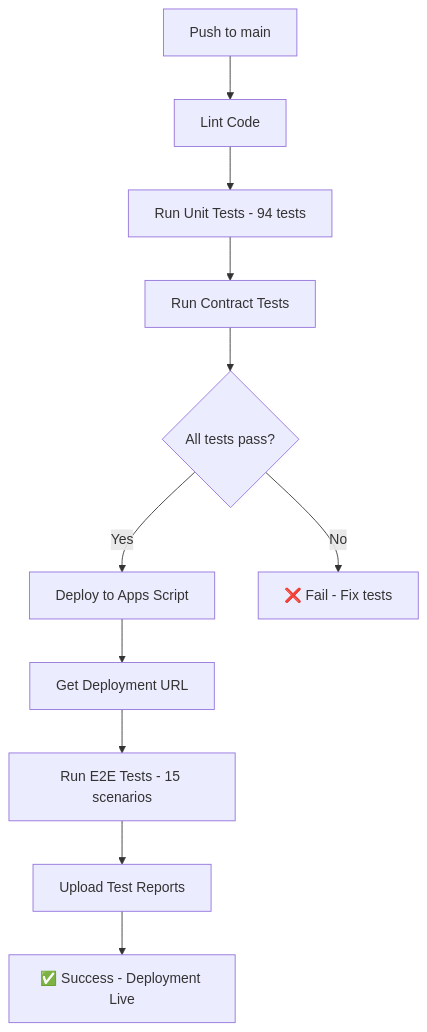
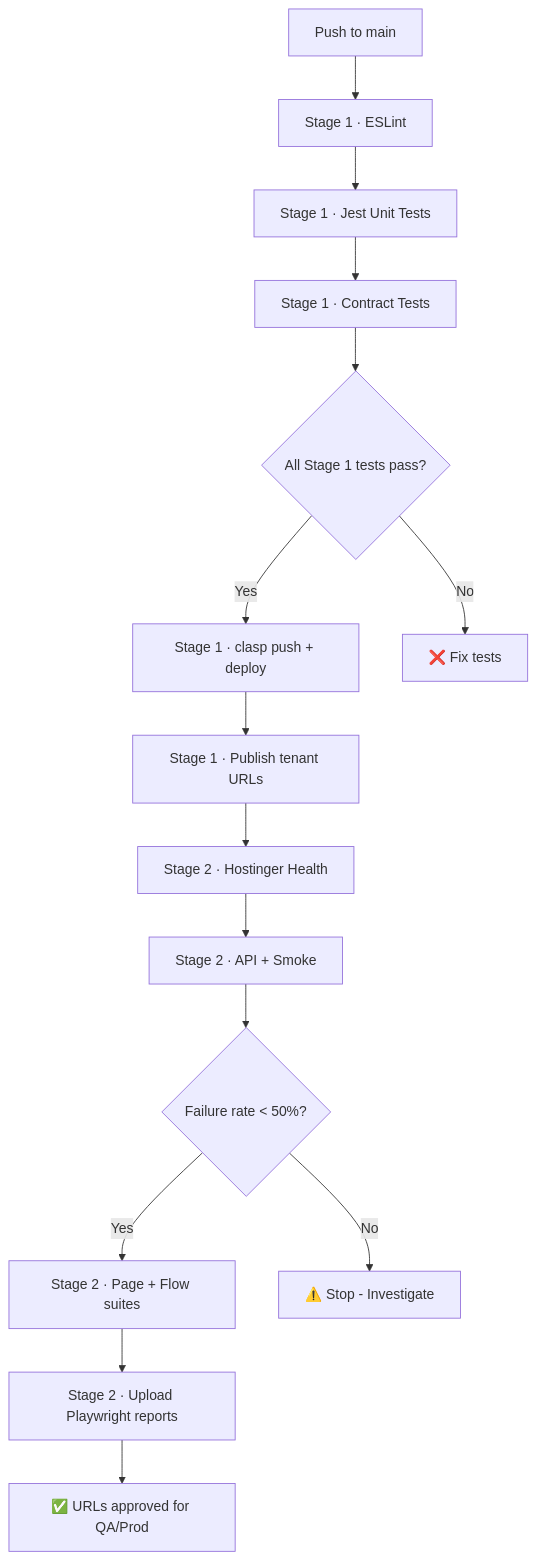
Before and after one commit to zeventbooks/MVP-EVENT-TOOLKIT: the diagram in GITHUB_ACTIONS_DEPLOYMENT.md, drawn with Mermaid. The commit also changed other lines of this file and 4 other files, not shown here.

````diff
--- a/GITHUB_ACTIONS_DEPLOYMENT.md
+++ b/GITHUB_ACTIONS_DEPLOYMENT.md
@@ -244,13 +194,17 @@
 ```mermaid
 graph TD
-    A[Push to main] --> B[Lint Code]
-    B --> C[Run Unit Tests - 94 tests]
-    C --> D[Run Contract Tests]
-    D --> E{All tests pass?}
-    E -->|Yes| F[Deploy to Apps Script]
-    E -->|No| G[❌ Fail - Fix tests]
-    F --> H[Get Deployment URL]
-    H --> I[Run E2E Tests - 15 scenarios]
-    I --> J[Upload Test Reports]
-    J --> K[✅ Success - Deployment Live]
+    A[Push to main] --> B[Stage 1 · ESLint]
+    B --> C[Stage 1 · Jest Unit Tests]
+    C --> D[Stage 1 · Contract Tests]
+    D --> E{All Stage 1 tests pass?}
+    E -->|Yes| F[Stage 1 · clasp push + deploy]
+    E -->|No| G[❌ Fix tests]
+    F --> H[Stage 1 · Publish tenant URLs]
+    H --> I[Stage 2 · Hostinger Health]
+    I --> J[Stage 2 · API + Smoke]
+    J --> K{Failure rate < 50%?}
+    K -->|Yes| L[Stage 2 · Page + Flow suites]
+    K -->|No| M[⚠️ Stop - Investigate]
+    L --> N[Stage 2 · Upload Playwright reports]
+    N --> O[✅ URLs approved for QA/Prod]
 ```
````
